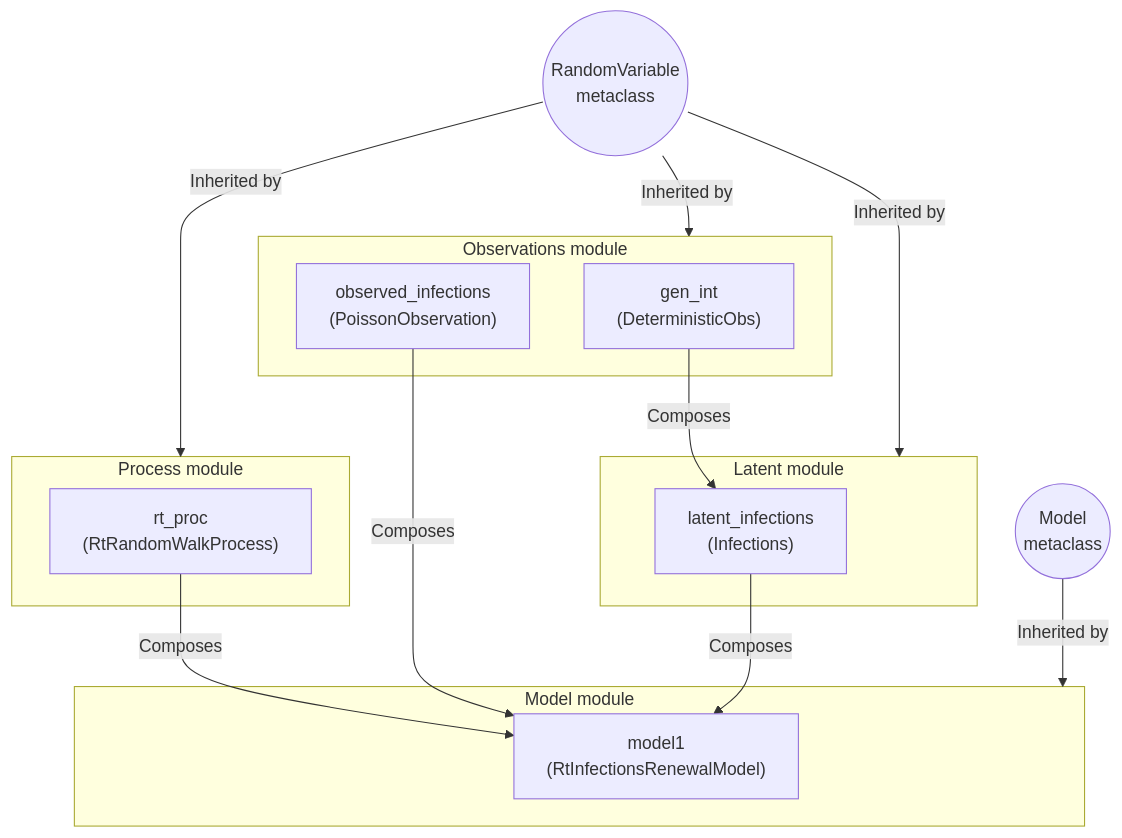
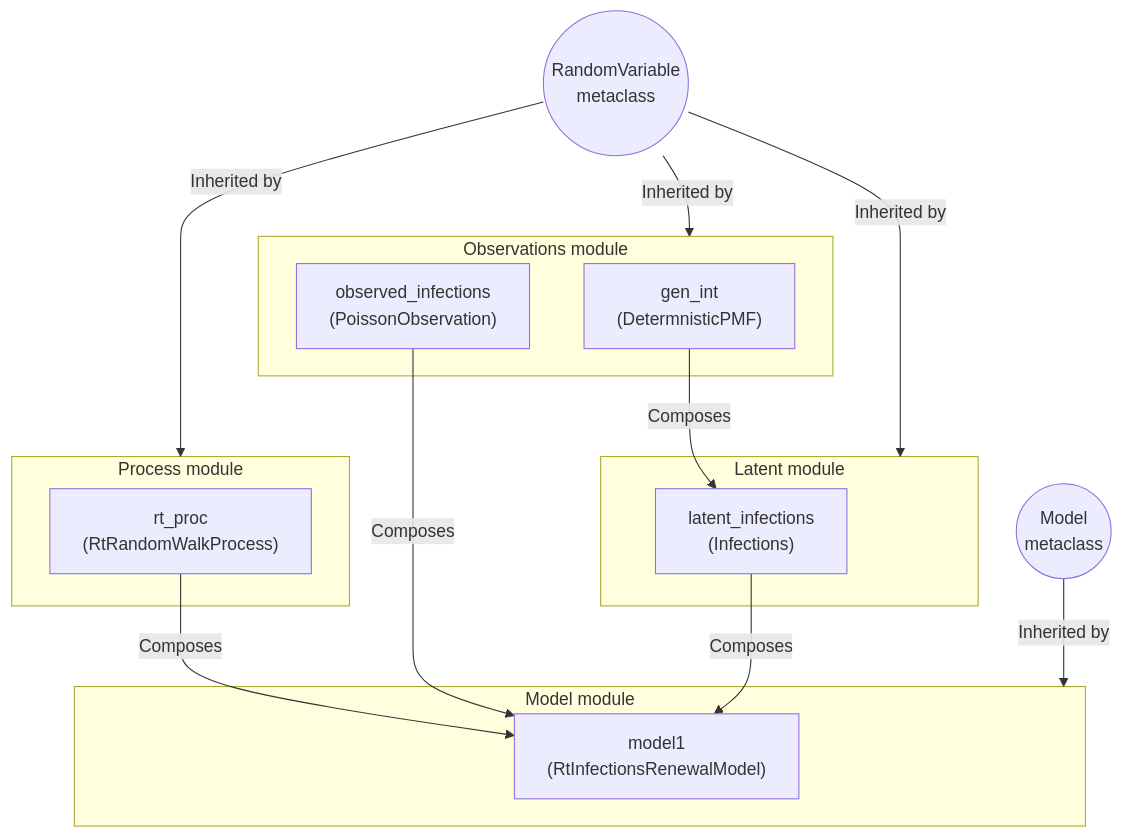
One commit to CDCgov/PyRenew changed the second of 2 diagrams in model/docs/getting-started.qmd. Above: the diagram before and after it, drawn with Mermaid. The commit also changed other lines of this file and 10 other files, not shown here.

````diff
--- a/model/docs/getting-started.qmd
+++ b/model/docs/getting-started.qmd
@@ -160,33 +160,33 @@
 ```{mermaid}
 %%| label: overview-of-RtInfectionsRenewalModel
 flowchart TB
     rand((RandomVariable\nmetaclass))
     models((Model\nmetaclass))
 
     subgraph observations[Observations module]
-        genint["gen_int\n(DeterministicObs)"]
+        genint["gen_int\n(DetermnisticPMF)"]
         obs["observed_infections\n(PoissonObservation)"]
     end
 
     subgraph latent[Latent module]
         inf["latent_infections\n(Infections)"]
     end
 
     subgraph process[Process module]
         rt["rt_proc\n(RtRandomWalkProcess)"]
     end
 
     subgraph model[Model module]
         model1["model1\n(RtInfectionsRenewalModel)"]
     end
 
     rand-->|Inherited by|observations
     rand-->|Inherited by|process
     rand-->|Inherited by|latent
     models-->|Inherited by|model
 
     genint-->|Composes|inf
     rt-->|Composes|model1
     obs-->|Composes|model1
     inf-->|Composes|model1
 ```
````
